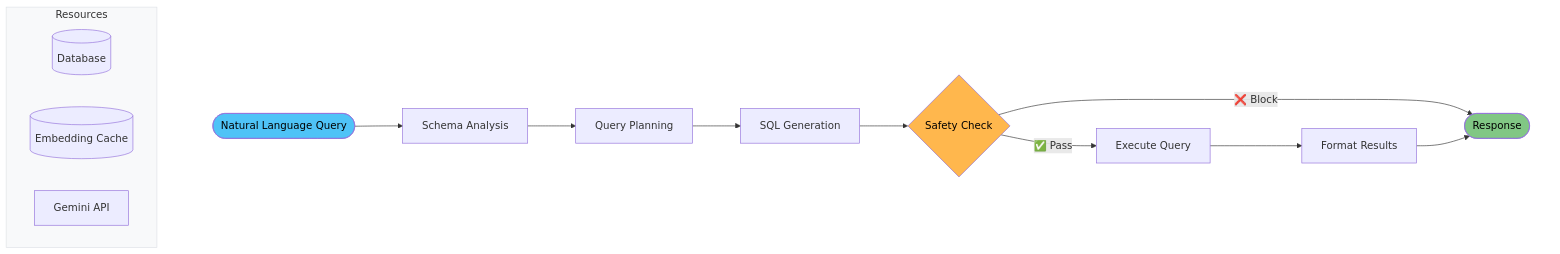
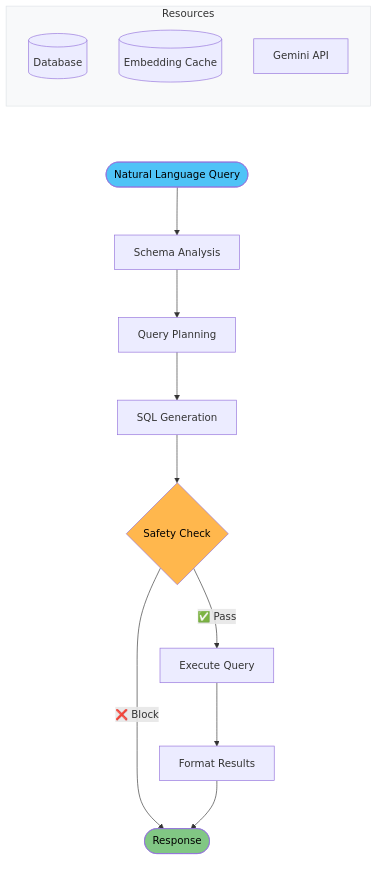
The diagram in README.md (keo571/netquery), drawn with Mermaid before and after one commit.

Commit message:
Change Mermaid chart to top-down layout for better readability
- Use LR (left-right) for subgraphs with TD (top-down) direction inside
- Pipeline flows naturally top to bottom within left subgraph
- Resources stack top to bottom in right subgraph
- Better use of horizontal space and natural reading flow
- Cleaner visual hierarchy with top-down processing steps

🤖 Generated with [Claude Code](https://claude.ai/code)

````diff
--- a/README.md
+++ b/README.md
@@ -7,25 +7,27 @@
 ```mermaid
-flowchart TD
+flowchart LR
     subgraph pipeline [" "]
+        direction TD
         A([Natural Language Query]) --> B[Schema Analysis]
         B --> C[Query Planning] 
         C --> D[SQL Generation]
         D --> E{Safety Check}
         E -->|✅ Pass| F[Execute Query]
         E -->|❌ Block| H
         F --> G[Format Results]
         G --> H([Response])
     end
     
     subgraph resources ["Resources"]
+        direction TD
         DB[(Database)]
         CACHE[(Embedding Cache)]
         LLM[Gemini API]
     end
     
     style A fill:#4FC3F7,color:#000
     style H fill:#81C784,color:#000
     style E fill:#FFB74D,color:#000
     style pipeline fill:none,stroke:none
     style resources fill:#f8f9fa,stroke:#dee2e6
 ```
````
